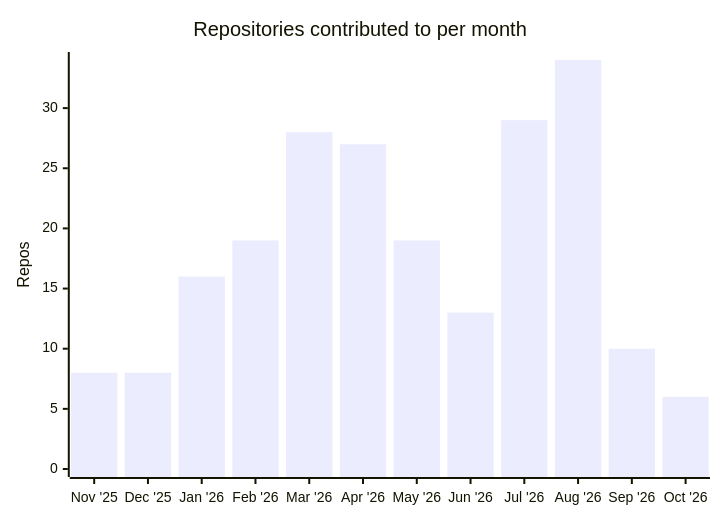
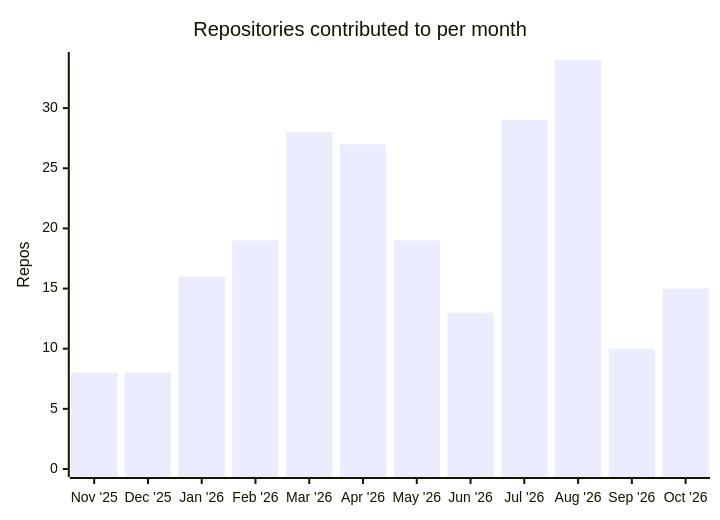
One commit to soderlind/soderlind changed the second of 2 diagrams in README.md. Above: the diagram before and after it, drawn with Mermaid. The commit also changed other lines of this file, not shown here.

````diff
--- a/README.md
+++ b/README.md
@@ -427,7 +427,7 @@
 ```mermaid
 xychart-beta
     title "Repositories contributed to per month"
     x-axis ["Nov '25", "Dec '25", "Jan '26", "Feb '26", "Mar '26", "Apr '26", "May '26", "Jun '26", "Jul '26", "Aug '26", "Sep '26", "Oct '26"]
     y-axis "Repos" 0 --> 34
-    bar [8, 8, 16, 19, 28, 27, 19, 13, 29, 34, 10, 6]
+    bar [8, 8, 16, 19, 28, 27, 19, 13, 29, 34, 10, 15]
 ```
````
